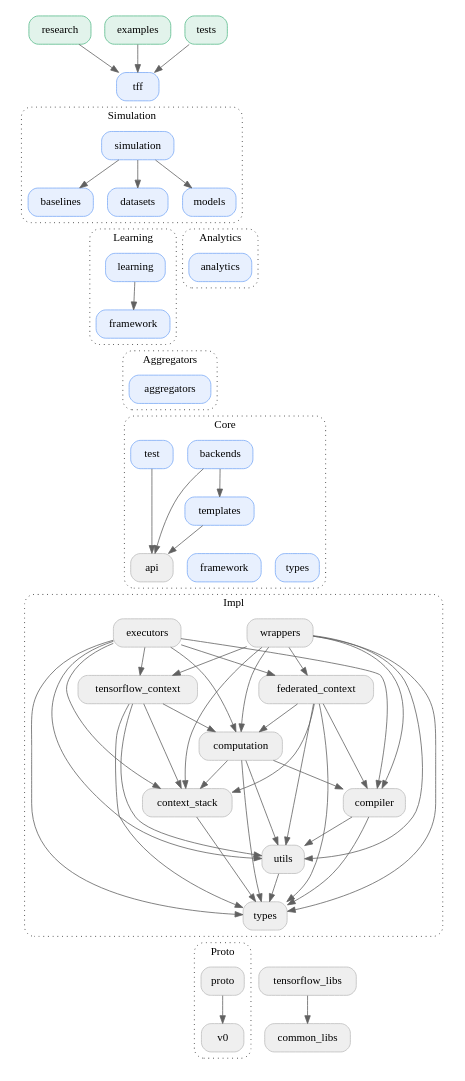
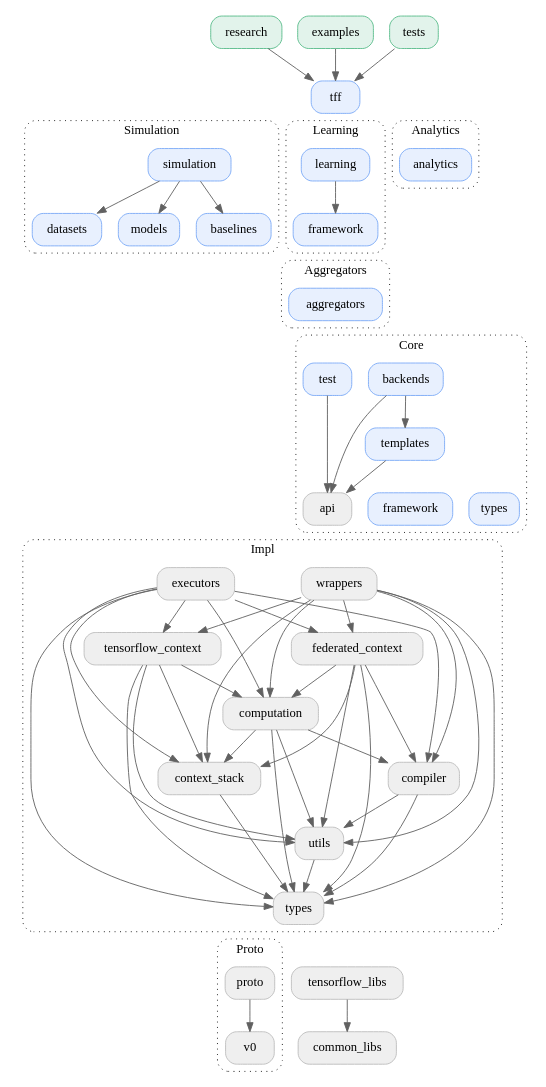
One commit to google-parfait/tensorflow-federated changed the diagram in docs/design/package_structure.dot. Above: the diagram before and after it, drawn with Graphviz.

Commit message:
Update package structure documentation.

```diff
--- a/docs/design/package_structure.dot
+++ b/docs/design/package_structure.dot
@@ -1,165 +1,164 @@
 digraph {
   graph [style="dotted,rounded", size="9 100"]
   node [shape="box", style="rounded,filled", fillcolor="#efefef", color="#bdbdbd"]
   edge [color="#616161"]
   newrank=true
 
   // Using TFF
   research -> tff
   examples -> tff
   tests -> tff
 
   research [href="#research" target="_parent", fillcolor="#E2F3EB", color="#57BB8A"]
   examples [href="#examples" target="_parent", fillcolor="#E2F3EB", color="#57BB8A"]
   tests [href="#tests" target="_parent", fillcolor="#E2F3EB", color="#57BB8A"]
 
   // TFF
   tff -> simulation [arrowhead="none", style="invisible"]
+  tff -> learning [arrowhead="none", style="invisible"]
+  tff -> analytics [arrowhead="none", style="invisible"]
 
   tff [href="#tff" target="_parent", fillcolor="#E8F0FE", color="#7BAAF7"]
 
   // TFF Simulation
   simulation -> simulation_baselines
   simulation -> simulation_datasets
   simulation -> simulation_models
-  simulation_datasets -> learning [arrowhead="none", style="invisible"]
-  simulation_datasets -> analytics [arrowhead="none", style="invisible"]
+  simulation_datasets -> aggregators [arrowhead="none", style="invisible"]
 
   subgraph cluster_simulation {
     graph [label="Simulation", href="#tff-simulation" target="_parent"]
     simulation [href="#tff-simulation" target="_parent", fillcolor="#E8F0FE", color="#7BAAF7"]
     simulation_baselines [label="baselines", href="#tff-simulation" target="_parent", fillcolor="#E8F0FE", color="#7BAAF7"]
     simulation_datasets [label="datasets", href="#tff-simulation" target="_parent", fillcolor="#E8F0FE", color="#7BAAF7"]
     simulation_models [label="models", href="#tff-simulation" target="_parent", fillcolor="#E8F0FE", color="#7BAAF7"]
   }
 
   // TFF Learning
   learning -> learning_framework
   learning_framework -> aggregators [arrowhead="none", style="invisible"]
 
   subgraph cluster_learning {
     graph [label="Learning", href="#tff-learning" target="_parent"]
     learning [href="#tff-learning" target="_parent", fillcolor="#E8F0FE", color="#7BAAF7"]
     learning_framework [label="framework", href="#tff-learning" target="_parent", fillcolor="#E8F0FE", color="#7BAAF7"]
   }
 
   // TFF Analytics
   analytics -> aggregators [arrowhead="none", style="invisible"]
 
   subgraph cluster_analytics {
     graph [label="Analytics", href="#tff-analytics" target="_parent"]
     analytics [href="#tff-analytics" target="_parent", fillcolor="#E8F0FE", color="#7BAAF7"]
   }
 
   // TFF Aggregators
   aggregators -> core_backends [arrowhead="none", style="invisible"]
   aggregators -> core_test [arrowhead="none", style="invisible"]
 
   subgraph cluster_aggregators {
     graph [label="Aggregators", href="#tff-aggregators" target="_parent"]
     aggregators [href="#tff-learning" target="_parent", fillcolor="#E8F0FE", color="#7BAAF7"]
   }
 
   // TFF Core
   core_backends -> core_api
   core_backends -> core_templates
   core_templates -> core_api
   core_test -> core_api
   core_api -> core_framework [arrowhead="none", style="invisible"]
   core_framework -> core_types [arrowhead="none", style="invisible"]
 
   subgraph cluster_core {
     graph [label="Core", href="#tff-core" target="_parent"]
     core_backends [label="backends", href="#tff-core" target="_parent", fillcolor="#E8F0FE", color="#7BAAF7"]
     core_templates [label="templates", href="#tff-core" target="_parent", fillcolor="#E8F0FE", color="#7BAAF7"]
     core_test [label="test", href="#tff-core" target="_parent", fillcolor="#E8F0FE", color="#7BAAF7"]
     core_api [label="api", href="#tff-core" target="_parent"]
     core_framework [label="framework", href="#tff-core" target="_parent", fillcolor="#E8F0FE", color="#7BAAF7"]
     core_types [label="types", href="#tff-types" target="_parent", fillcolor="#E8F0FE", color="#7BAAF7"]
   }
 
   core_api -> impl_wrappers [arrowhead="none", style="invisible"]
   core_api -> impl_executors [arrowhead="none", style="invisible"]
 
   // TFF Impl
   impl_wrappers -> impl_tensorflow_context
   impl_wrappers -> impl_federated_context
   impl_wrappers -> impl_computation
   impl_wrappers -> impl_compiler
   impl_wrappers -> impl_utils
   impl_wrappers -> impl_context_stack
   impl_wrappers -> impl_types
   impl_executors -> impl_tensorflow_context
   impl_executors -> impl_federated_context
   impl_executors -> impl_computation
   impl_executors -> impl_compiler
   impl_executors -> impl_utils
   impl_executors -> impl_context_stack
   impl_executors -> impl_types
   impl_tensorflow_context -> impl_computation
   impl_tensorflow_context -> impl_utils
   impl_tensorflow_context -> impl_context_stack
   impl_tensorflow_context -> impl_types
   impl_federated_context -> impl_computation
   impl_federated_context -> impl_compiler
   impl_federated_context -> impl_utils
   impl_federated_context -> impl_context_stack
   impl_federated_context -> impl_types
   impl_computation -> impl_compiler
   impl_computation -> impl_utils
   impl_computation -> impl_context_stack
   impl_computation -> impl_types
   impl_compiler -> impl_types
   impl_compiler -> impl_utils
   impl_context_stack -> impl_types
   impl_utils -> impl_types
   impl_types -> proto [arrowhead="none", style="invisible"]
   impl_types -> tensorflow_libs [arrowhead="none", style="invisible"]
 
   subgraph cluster_impl {
     graph [label="Impl", href="#tff-impl" target="_parent"]
     impl_wrappers [label="wrappers", href="#tff-impl" target="_parent"]
     impl_executors [label="executors", href="#tff-impl" target="_parent"]
     impl_tensorflow_context [label="tensorflow_context", href="#tff-impl" target="_parent"]
     impl_federated_context [label="federated_context", href="#tff-impl" target="_parent"]
     impl_computation [label="computation", href="#tff-impl" target="_parent"]
     impl_compiler [label="compiler", href="#tff-impl" target="_parent"]
     impl_context_stack [label="context_stack", href="#tff-impl" target="_parent"]
     impl_utils [label="utils", href="#tff-impl" target="_parent"]
     impl_types [label="types", href="#tff-impl" target="_parent"]
   }
 
   // TFF Proto
   proto -> proto_v0
 
   subgraph cluster_proto {
     graph [label="Proto", href="#tff-proto" target="_parent"]
     proto [href="#tff-proto" target="_parent"]
     proto_v0 [label="v0" href="#tff-proto" target="_parent"]
   }
 
   // Other
   tensorflow_libs [href="#tff-tensorflow-libs" target="_parent"]
   common_libs [href="#tff-common-libs" target="_parent"]
   tensorflow_libs -> common_libs
 
   // Layout
   {rank=same; examples, tests, research}
   {rank=same; tff}
-  {rank=same; simulation}
-  {rank=same; simulation_baselines, simulation_datasets, simulation_models}
-  {rank=same; learning, analytics}
-  {rank=same; learning_framework}
+  {rank=same; simulation, learning, analytics}
+  {rank=same; simulation_baselines, simulation_datasets, simulation_models, learning_framework}
   {rank=same; aggregators}
   {rank=same; core_backends, core_test}
   {rank=same; core_templates}
   {rank=same; core_api, core_framework, core_types}
   {rank=same; impl_executors, impl_wrappers}
   {rank=same; impl_tensorflow_context, impl_federated_context}
   {rank=same; impl_computation}
   {rank=same; impl_compiler, impl_context_stack}
   {rank=same; impl_utils}
   {rank=same; impl_types}
   {rank=same; proto, tensorflow_libs}
   {rank=same; common_libs}
 }
```
